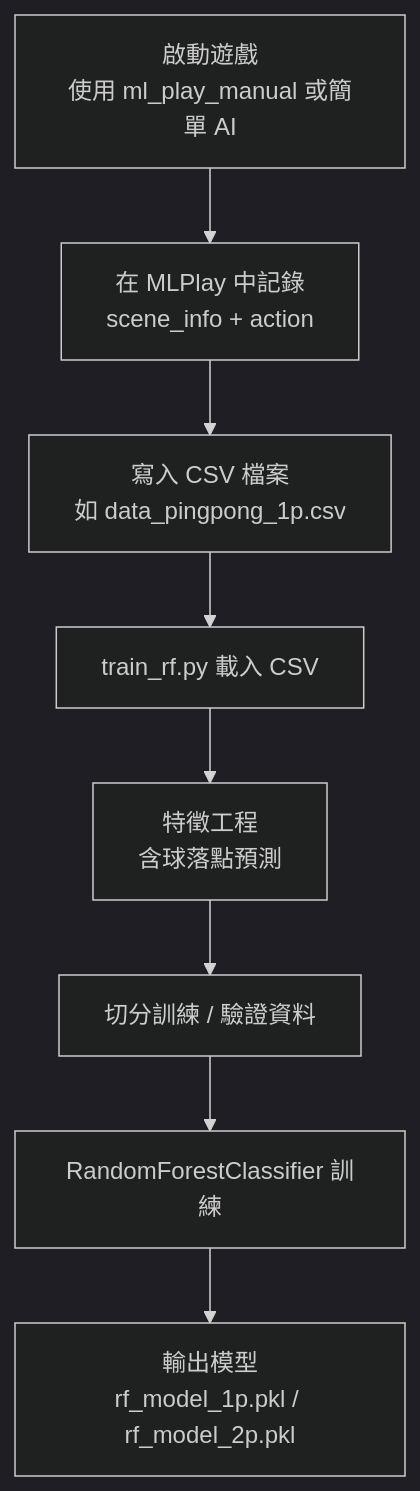
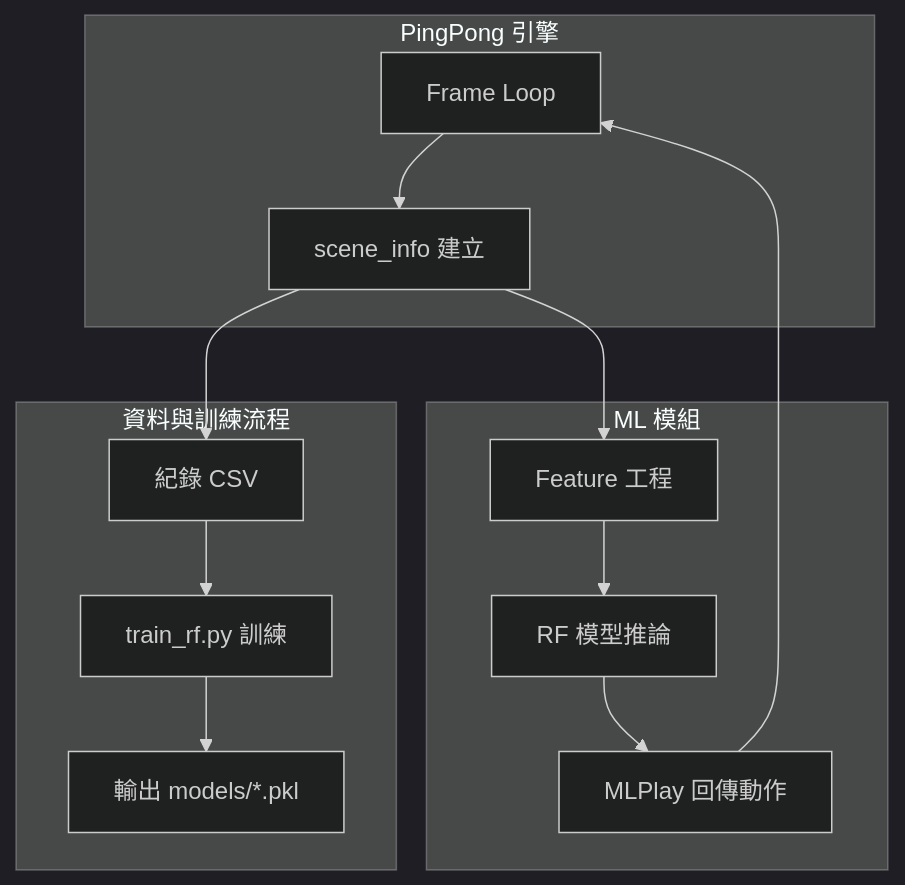
Before and after one commit to jerry930829/ML_pingpong: the first of 2 diagrams in README.md, drawn with Mermaid (dark theme). The commit also changed other lines of this file, not shown here.

````diff
--- a/README.md
+++ b/README.md
@@ -55,10 +21,29 @@
 ```mermaid
 flowchart TD
-    A[啟動遊戲<br/>使用 ml_play_manual 或簡單 AI] --> B[在 MLPlay 中記錄<br/>scene_info + action]
-    B --> C[寫入 CSV 檔案<br/>如 data_pingpong_1p.csv]
-    C --> D[train_rf.py 載入 CSV]
-    D --> E[特徵工程<br/>含球落點預測]
-    E --> F[切分訓練 / 驗證資料]
-    F --> G[RandomForestClassifier 訓練]
-    G --> H[輸出模型<br/>rf_model_1p.pkl / rf_model_2p.pkl]
+  subgraph GameEngine[PingPong 引擎]
+    A1[Frame Loop]
+    A2[scene_info 建立]
+  end
+
+  subgraph ML[ML 模組]
+    B1[Feature 工程]
+    B2[RF 模型推論]
+    B3[MLPlay 回傳動作]
+  end
+
+  subgraph Data[資料與訓練流程]
+    C1[紀錄 CSV]
+    C2[train_rf.py 訓練]
+    C3[輸出 models/*.pkl]
+  end
+
+  A1 --> A2
+  A2 --> B1
+  B1 --> B2
+  B2 --> B3
+  B3 --> A1
+
+  A2 --> C1
+  C1 --> C2
+  C2 --> C3
 ```
````
